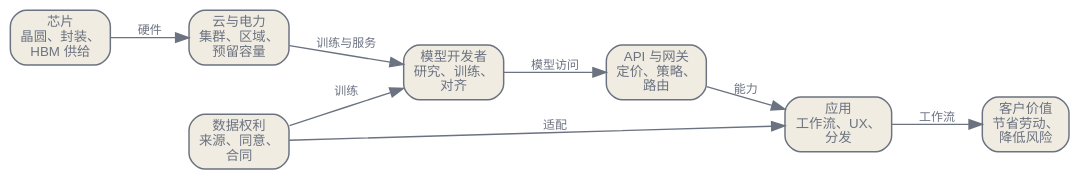
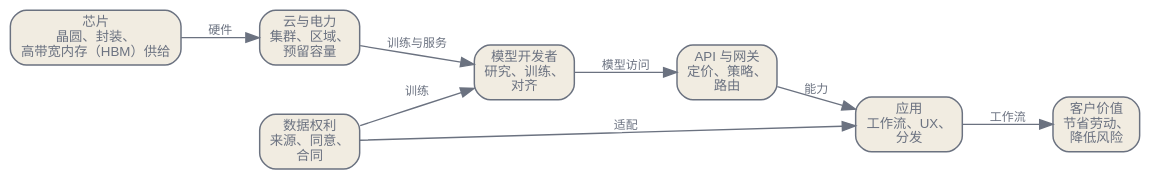
The diagram in zh/ecosystem/04-market-structure.qmd (latere-ai/ai-as-an-infrastructure), drawn with Graphviz before and after one commit. The commit also changed other lines of this file and 10 other files, not shown here.

````diff
--- a/zh/ecosystem/04-market-structure.qmd
+++ b/zh/ecosystem/04-market-structure.qmd
@@ -11,27 +11,27 @@
 ```{dot}
 //| label: fig-market-structure-chain
 //| fig-cap: "AI 价值链也是约束链。下游应用看到的是一个 API，但上游约束同时具有物理、金融、法律与运行属性。"
 digraph ai_value_chain {
   bgcolor="transparent";
   rankdir=LR;
   nodesep=0.38; ranksep=0.55;
   node [shape=box, style="rounded,filled", fontname="Helvetica", fontsize=10, color="#6b7280", fontcolor="#6b7280", fillcolor="#f1ece1", penwidth=1.1];
   edge [fontsize=9, fontname="Helvetica", color="#6b7280", fontcolor="#6b7280"];
 
-  silicon [label="芯片\n晶圆、封装、\nHBM 供给"];
+  silicon [label="芯片\n晶圆、封装、\n高带宽内存（HBM）供给"];
   cloud [label="云与电力\n集群、区域、\n预留容量"];
   lab [label="模型开发者\n研究、训练、\n对齐"];
   api [label="API 与网关\n定价、策略、\n路由"];
   app [label="应用\n工作流、UX、\n分发"];
   data [label="数据权利\n来源、同意、\n合同"];
   customer [label="客户价值\n节省劳动、\n降低风险"];
 
   silicon -> cloud [label="硬件"];
   cloud -> lab [label="训练与服务"];
   lab -> api [label="模型访问"];
   api -> app [label="能力"];
   data -> lab [label="训练"];
   data -> app [label="适配"];
   app -> customer [label="工作流"];
 }
 ```
````
